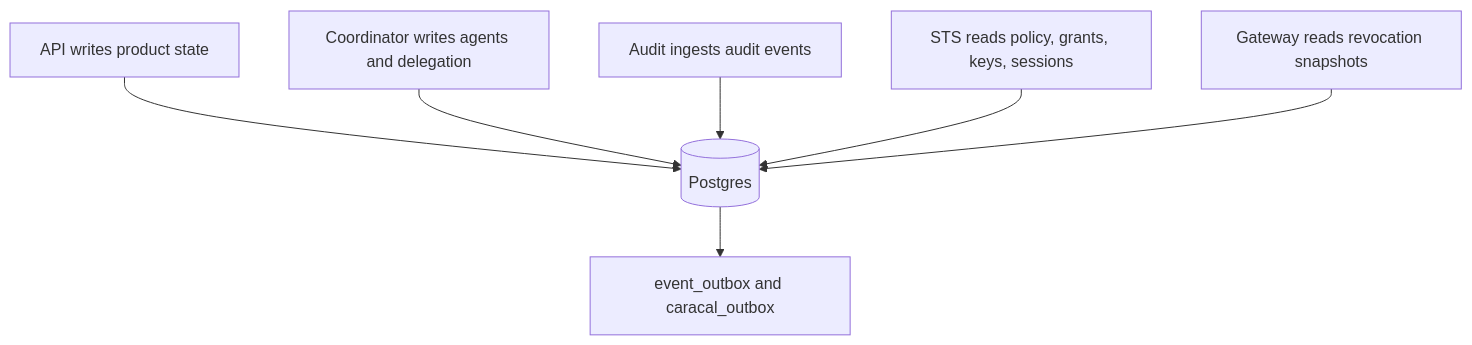
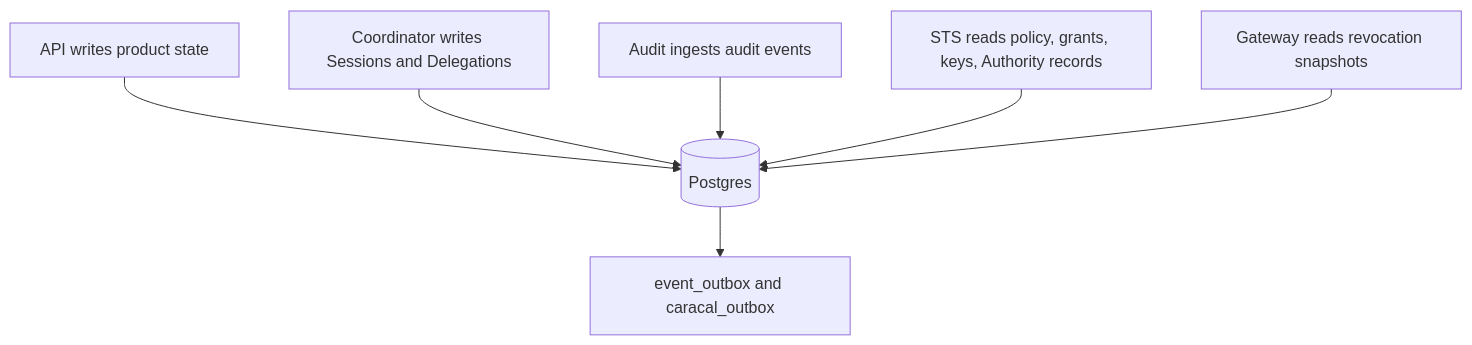
One commit to Garudex-Labs/caracal changed the diagram in docs/src/content/docs/operations/postgres.mdx. Above: the diagram before and after it, drawn with Mermaid. The commit also changed other lines of this file and 8 other files, not shown here.

Commit message:
refactor: update terminology from Sessions to Authority records and improve related descriptions across documentation

````diff
--- a/docs/src/content/docs/operations/postgres.mdx
+++ b/docs/src/content/docs/operations/postgres.mdx
@@ -11,9 +11,9 @@
 ```mermaid
 flowchart TB
   API[API writes product state] --> PG[(Postgres)]
-  Coordinator[Coordinator writes agents and delegation] --> PG
+  Coordinator[Coordinator writes Sessions and Delegations] --> PG
   Audit[Audit ingests audit events] --> PG
-  STS[STS reads policy, grants, keys, sessions] --> PG
+  STS[STS reads policy, grants, keys, Authority records] --> PG
   Gateway[Gateway reads revocation snapshots] --> PG
   PG --> Outbox[event_outbox and caracal_outbox]
 ```
````
